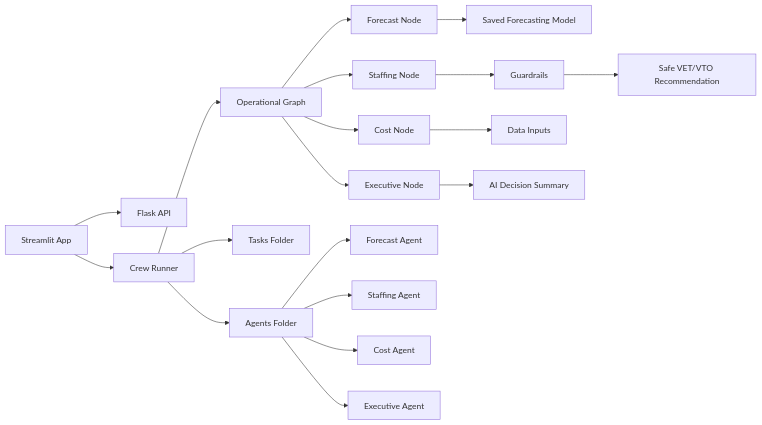
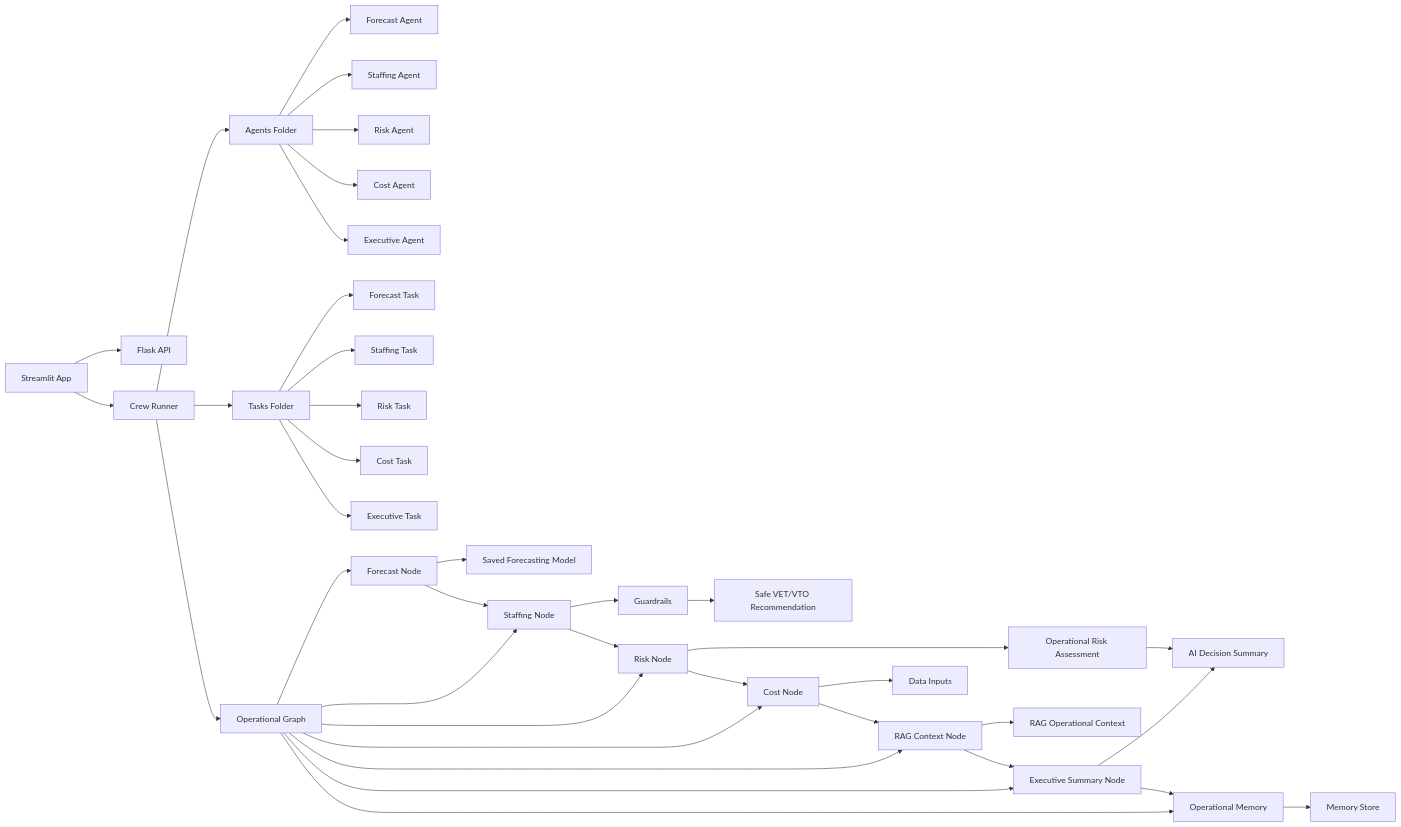
The diagram in README.md (draculess99/Agentic-VET-VTO-Workforce-Forecasting), drawn with Mermaid before and after one commit. The commit also changed other lines of this file, not shown here.

Commit message:
Update README.md
fix mermaid diagram

````diff
--- a/README.md
+++ b/README.md
@@ -131,27 +131,48 @@
 ```mermaid
 flowchart LR
 
     UI[Streamlit App] --> API[Flask API]
     UI --> Runner[Crew Runner]
 
     Runner --> Agents[Agents Folder]
     Runner --> Tasks[Tasks Folder]
     Runner --> Graph[Operational Graph]
 
     Graph --> ForecastNode[Forecast Node]
     Graph --> StaffingNode[Staffing Node]
+    Graph --> RiskNode[Risk Node]
     Graph --> CostNode[Cost Node]
-    Graph --> ExecutiveNode[Executive Node]
+    Graph --> RAGNode[RAG Context Node]
+    Graph --> ExecutiveNode[Executive Summary Node]
+    Graph --> MemoryNode[Operational Memory]
 
     ForecastNode --> Model[Saved Forecasting Model]
     StaffingNode --> Guardrails[Guardrails]
+    RiskNode --> RiskOutput[Operational Risk Assessment]
     CostNode --> Data[Data Inputs]
+    RAGNode --> RAGDocs[RAG Operational Context]
     ExecutiveNode --> Summary[AI Decision Summary]
+    MemoryNode --> MemoryStore[Memory Store]
 
     Agents --> ForecastAgent[Forecast Agent]
     Agents --> StaffingAgent[Staffing Agent]
+    Agents --> RiskAgent[Risk Agent]
     Agents --> CostAgent[Cost Agent]
     Agents --> ExecutiveAgent[Executive Agent]
 
+    Tasks --> ForecastTask[Forecast Task]
+    Tasks --> StaffingTask[Staffing Task]
+    Tasks --> RiskTask[Risk Task]
+    Tasks --> CostTask[Cost Task]
+    Tasks --> ExecutiveTask[Executive Task]
+
+    ForecastNode --> StaffingNode
+    StaffingNode --> RiskNode
+    RiskNode --> CostNode
+    CostNode --> RAGNode
+    RAGNode --> ExecutiveNode
+    ExecutiveNode --> MemoryNode
+
+    RiskOutput --> Summary
     Guardrails --> Output[Safe VET/VTO Recommendation]
 ```
````
